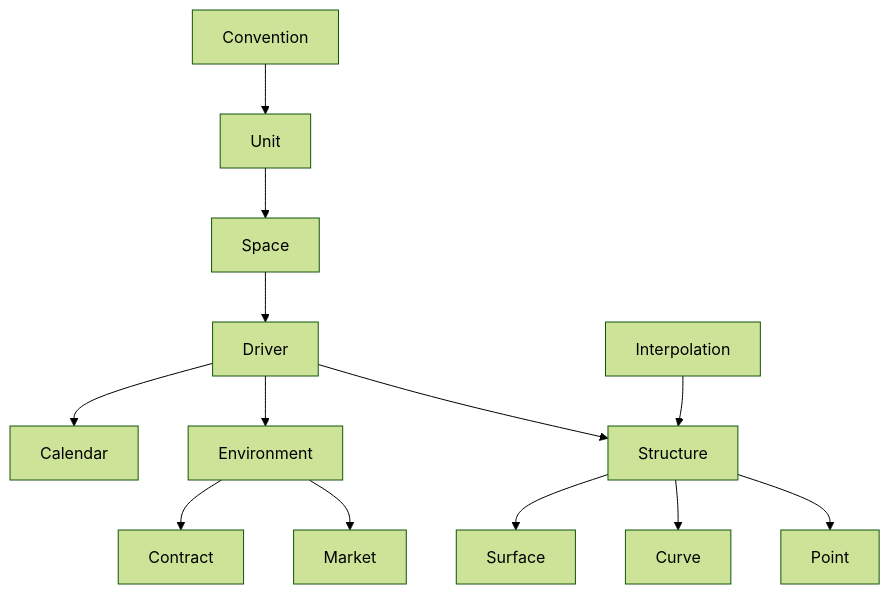
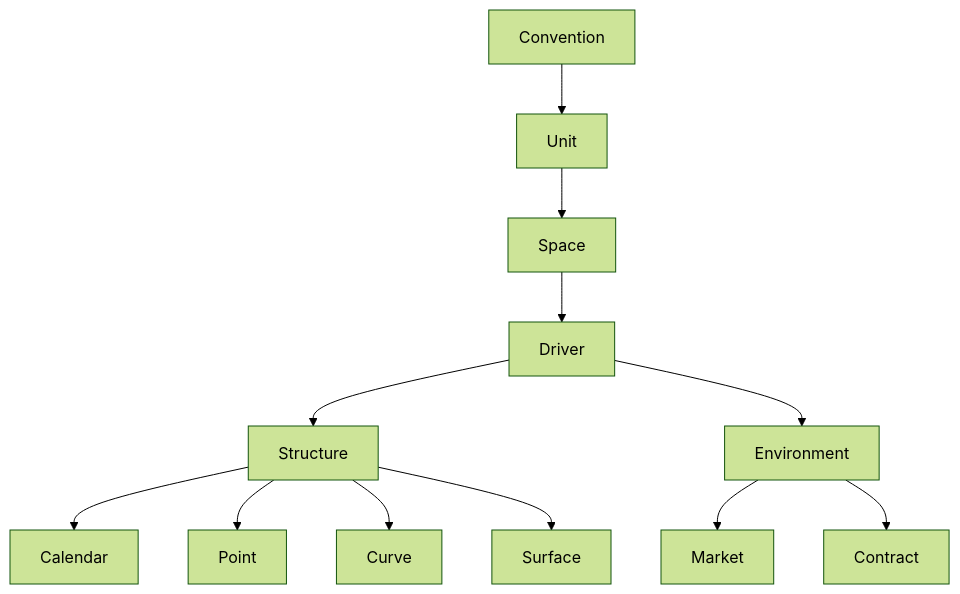
The diagram in README.md (tristanvandevelde/finstruct), drawn with Mermaid (forest theme) before and after one commit. The commit also changed other lines of this file, not shown here.

````diff
--- a/README.md
+++ b/README.md
@@ -28,15 +28,14 @@
 ```mermaid
 graph TD;
     Convention-->Unit;
     Unit-->Space;
     Space-->Driver;
     Driver-->Structure;
     Driver-->Environment;
     Environment-->Market;
     Environment-->Contract;
-    Driver-->Calendar;
+    Structure-->Calendar;
     Structure-->Point;
     Structure-->Curve;
     Structure-->Surface;
-    Interpolation-->Structure;
 ```
````
